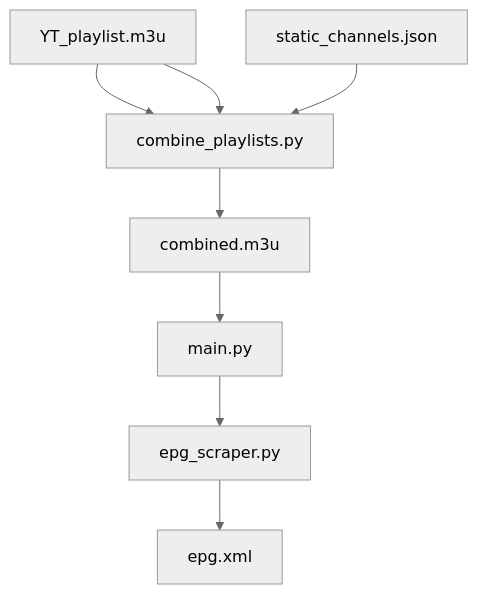
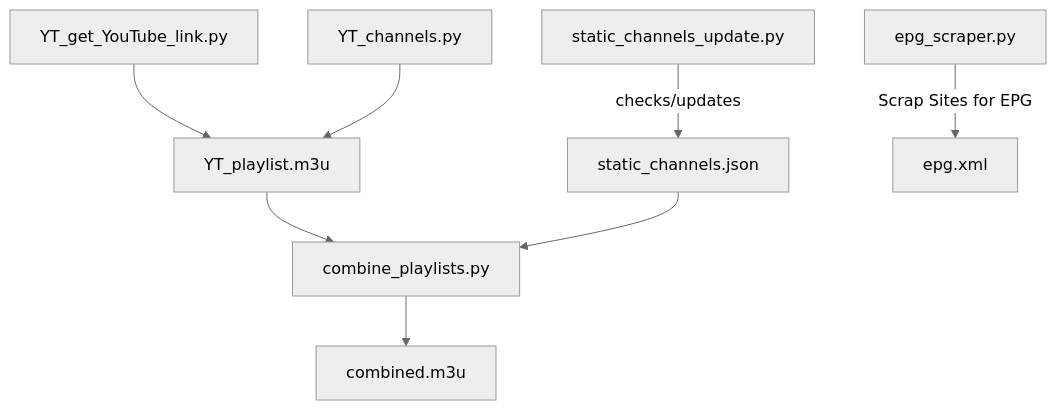
Before and after one commit to time2shine/IPTV: the diagram in readme.md, drawn with Mermaid (neutral theme).

````diff
--- a/readme.md
+++ b/readme.md
@@ -37,10 +37,16 @@
 ```mermaid
-graph TD;
-  A[YT_get_YouTube_link.py] --> B[YT_channels.py]
-  A[YT_playlist.m3u] --> B[combine_playlists.py]
-  C[static_channels.json] --> B
-  B --> D[combined.m3u]
-  D --> E[main.py]
-  E --> F[epg_scraper.py]
-  F --> G[epg.xml]
+---
+config:
+  layout: dagre
+---
+flowchart TD
+    A2["YT_get_YouTube_link.py"] -- <br> --> A3["YT_playlist.m3u"]
+    A3 --> A5["combine_playlists.py"]
+    A4["static_channels.json"] -- </br> --> A5
+    A5 --> A6["combined.m3u"]
+    B1["epg_scraper.py"] -- Scrap Sites for EPG --> B2["epg.xml"]
+    C1["static_channels_update.py"] -- checks/updates --> A4
+    n1["YT_channels.py<br>"] -- <br> --> A3
+    n1@{ shape: rect}
+
 ```
````
